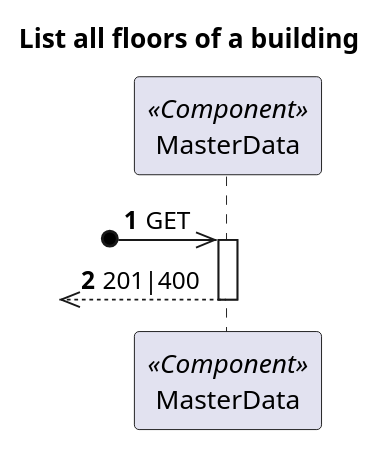
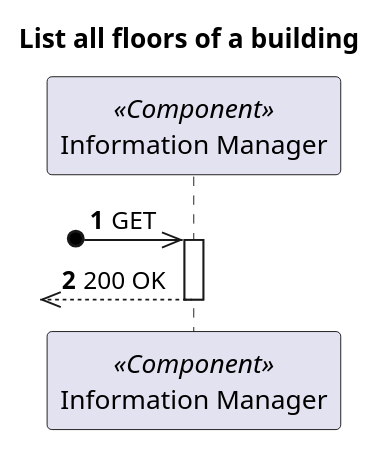
The diagram in docs/Vista Processo/US210/ProcessView_Level2_US210.puml (1210910/lapr5), drawn with PlantUML before and after one commit. The commit also changed 2 other files, not shown here.

```diff
--- a/docs/Vista Processo/US210/ProcessView_Level2_US210.puml
+++ b/docs/Vista Processo/US210/ProcessView_Level2_US210.puml
@@ -1,17 +1,17 @@
 @startuml
 'https://plantuml.com/sequence-diagram
 
 autonumber
 
 skinparam packageStyle rect
 
 title List all floors of a building
 
-participant "MasterData" as MD <<Component>>
+participant "Information Manager" as MD <<Component>>
 
 ?o->> MD : GET
 
 activate MD
-?o<<-- MD : 201|400
+?o<<-- MD : 200 OK
 deactivate MD
 @enduml
```
